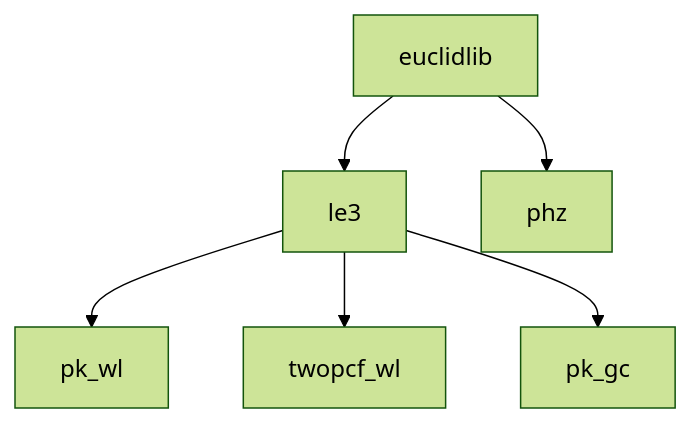
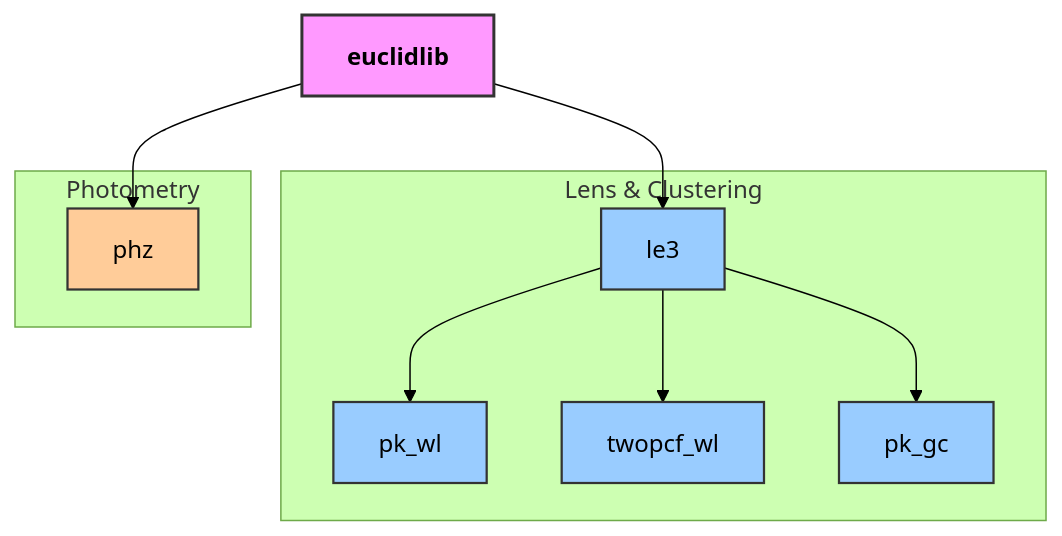
One commit to euclidlib/euclidlib changed the diagram in README.md. Above: the diagram before and after it, drawn with Mermaid (forest theme).

Commit message:
made mermaid catchy

````diff
--- a/README.md
+++ b/README.md
@@ -44,18 +44,31 @@
 ```mermaid
 graph TD
-    EUCLIDLIB[euclidlib]
+    %% Colors
+    classDef core fill:#f9f,stroke:#333,stroke-width:2px;
+    classDef module fill:#9cf,stroke:#333,stroke-width:1.5px;
+    classDef data fill:#fc9,stroke:#333,stroke-width:1.5px;
 
-    LE3[le3]
-    PKWL[pk_wl]
-    TWOPCF[twopcf_wl]
-    PKGC[pk_gc]
+    %% Core library
+    EUCLIDLIB[<b>euclidlib</b>]:::core
 
-    PHZ[phz]
+    %% Modules
+    subgraph Lens & Clustering
+        LE3[le3]:::module
+        PKWL[pk_wl]:::module
+        TWOPCF[twopcf_wl]:::module
+        PKGC[pk_gc]:::module
+    end
 
+    subgraph Photometry
+        PHZ[phz]:::data
+    end
+
+    %% Connections
     EUCLIDLIB --> LE3
     EUCLIDLIB --> PHZ
 
     LE3 --> PKWL
     LE3 --> TWOPCF
     LE3 --> PKGC
+
 ```
````
